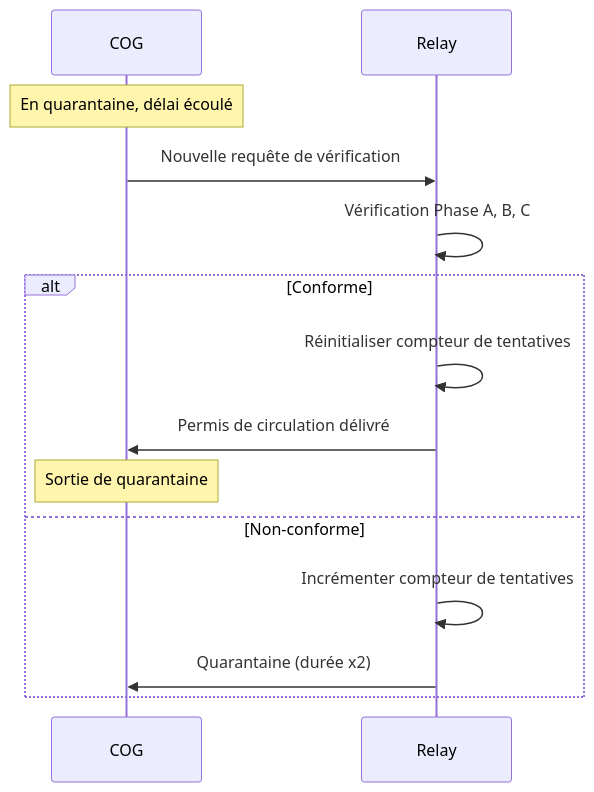
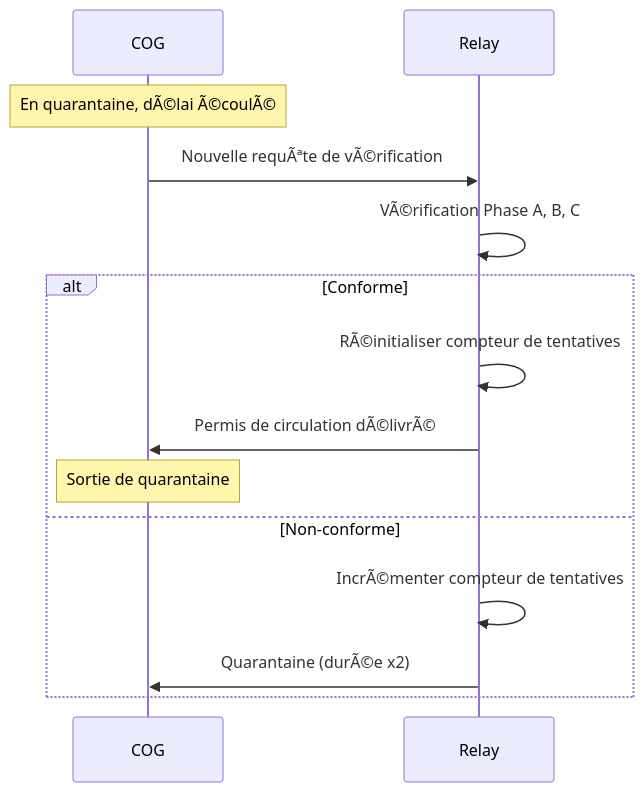
Before and after one commit to StudioMiyukini/miyukini_cog: the third of 5 diagrams in docs/miyukini-webway-system/securite/MWS - Quarantaine et Blacklist.md, drawn with Mermaid. The commit also changed other lines of this file and 1287 other files, not shown here.

````diff
--- a/docs/miyukini-webway-system/securite/MWS - Quarantaine et Blacklist.md
+++ b/docs/miyukini-webway-system/securite/MWS - Quarantaine et Blacklist.md
@@ -169,17 +169,17 @@
 ```mermaid
 sequenceDiagram
     participant COG as COG
     participant R as Relay
 
-    Note over COG: En quarantaine, délai écoulé
-    COG->>R: Nouvelle requête de vérification
-    R->>R: Vérification Phase A, B, C
+    Note over COG: En quarantaine, dÃ©lai Ã©coulÃ©
+    COG->>R: Nouvelle requÃªte de vÃ©rification
+    R->>R: VÃ©rification Phase A, B, C
     alt Conforme
-        R->>R: Réinitialiser compteur de tentatives
-        R->>COG: Permis de circulation délivré
+        R->>R: RÃ©initialiser compteur de tentatives
+        R->>COG: Permis de circulation dÃ©livrÃ©
         Note over COG: Sortie de quarantaine
     else Non-conforme
-        R->>R: Incrémenter compteur de tentatives
-        R->>COG: Quarantaine (durée x2)
+        R->>R: IncrÃ©menter compteur de tentatives
+        R->>COG: Quarantaine (durÃ©e x2)
     end
 ```
````
